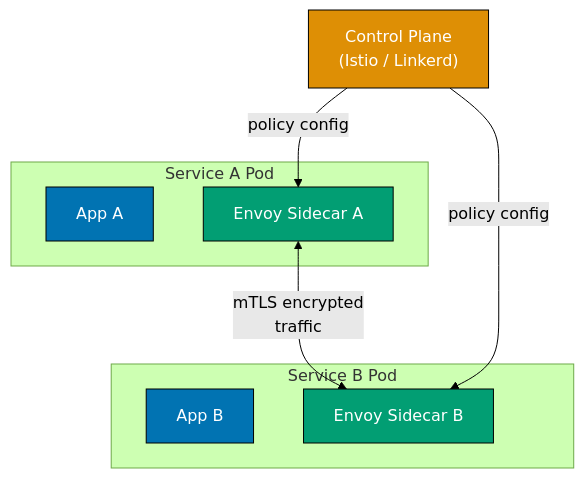
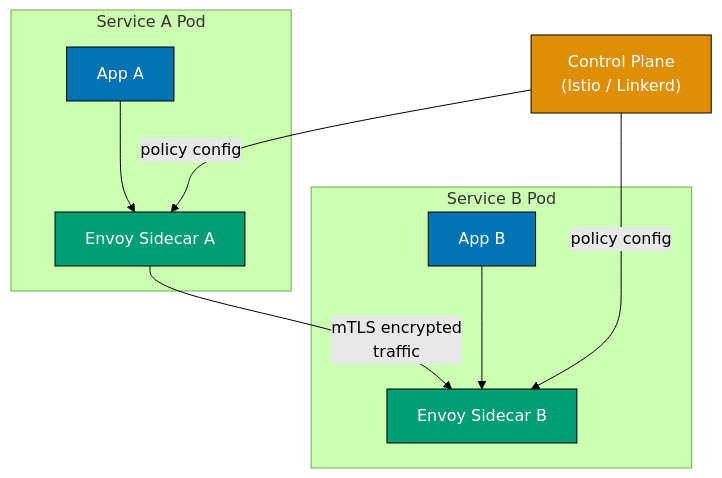
Before and after one commit to wahidyankf/open-sharia-enterprise: diagram 14 of 18 in apps/ayokoding-web/content/en/learn/software-engineering/software-architecture/patterns-and-principles/in-oop-by-example/advanced.md, drawn with Mermaid (forest theme). The commit also changed other lines of this file and 11 other files, not shown here.

First line of the commit message:
fix(ayokoding-web): repair 28 mermaid violations in expansion files

````diff
--- a/apps/ayokoding-web/content/en/learn/software-engineering/software-architecture/patterns-and-principles/in-oop-by-example/advanced.md
+++ b/apps/ayokoding-web/content/en/learn/software-engineering/software-architecture/patterns-and-principles/in-oop-by-example/advanced.md
@@ -6314,22 +6322,24 @@
 ```mermaid
 graph TD
     subgraph ServiceA["Service A Pod"]
         A["App A"]
         PA["Envoy Sidecar A"]
     end
     subgraph ServiceB["Service B Pod"]
         B["App B"]
         PB["Envoy Sidecar B"]
     end
     CP["Control Plane<br/>(Istio / Linkerd)"]
 
-    PA <-->|"mTLS encrypted<br/>traffic"| PB
-    CP -->|"policy config"| PA
-    CP -->|"policy config"| PB
+    PA -- "mTLS encrypted<br/>traffic" --> PB
+    CP -- "policy config" --> PA
+    CP -- "policy config" --> PB
+    A --> PA
+    B --> PB
 
     style A fill:#0173B2,stroke:#000,color:#fff
     style PA fill:#029E73,stroke:#000,color:#fff
     style B fill:#0173B2,stroke:#000,color:#fff
     style PB fill:#029E73,stroke:#000,color:#fff
     style CP fill:#DE8F05,stroke:#000,color:#fff
 ```
````
